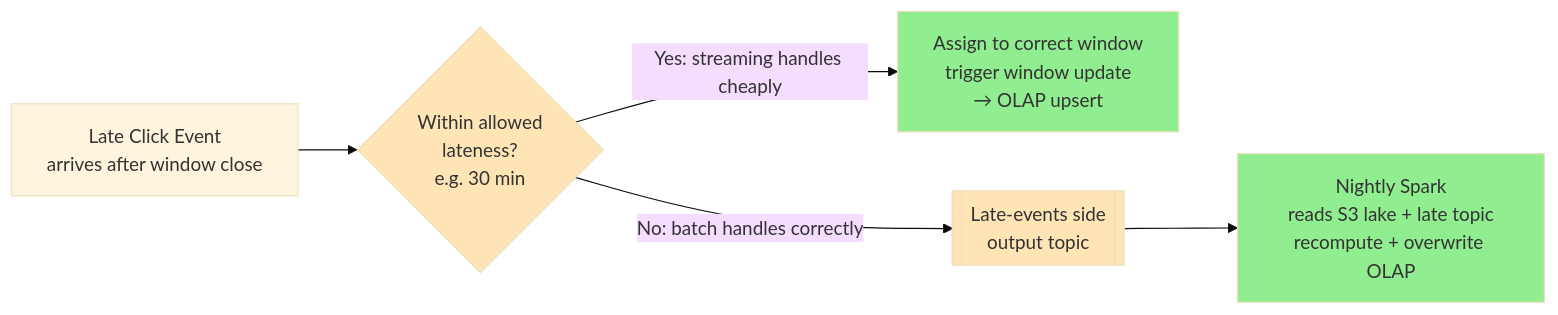
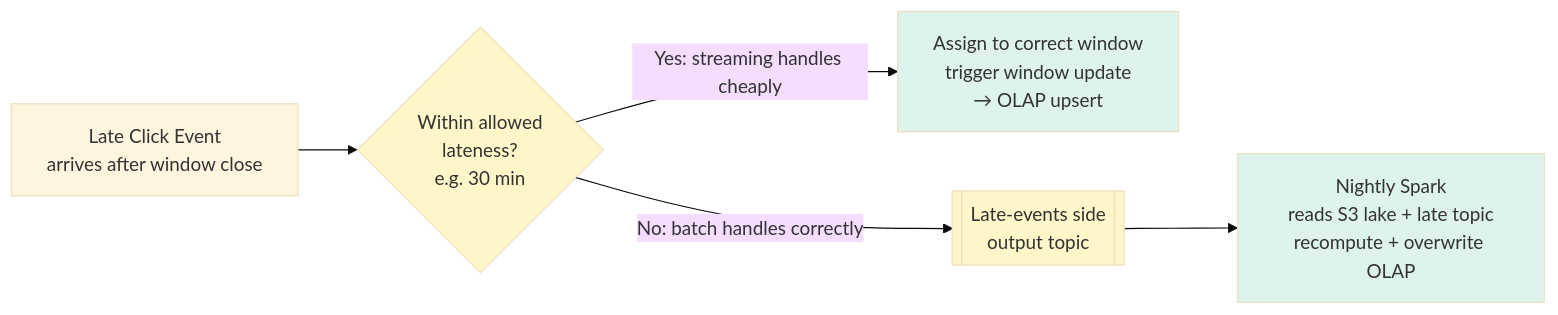
One commit to cartmancodes/InterviewVault changed the third of 6 diagrams in LLD/questions/Design Ad Click Aggregator.md. Above: the diagram before and after it, drawn with Mermaid (base theme). The commit also changed other lines of this file and 679 other files, not shown here.

Commit message:
Unify content diagrams and add accessible visual walkthroughs

````diff
--- a/LLD/questions/Design Ad Click Aggregator.md
+++ b/LLD/questions/Design Ad Click Aggregator.md
@@ -222,18 +222,18 @@
 ```mermaid
 graph LR
     E[Late Click Event<br/>arrives after window close]
     W{Within allowed<br/>lateness?<br/>e.g. 30 min}
     UPD[Assign to correct window<br/>trigger window update<br/>→ OLAP upsert]
     SIDE[[Late-events side<br/>output topic]]
     SPARK[Nightly Spark<br/>reads S3 lake + late topic<br/>recompute + overwrite OLAP]
 
     E --> W
     W -->|Yes: streaming handles cheaply| UPD
     W -->|No: batch handles correctly| SIDE
     SIDE --> SPARK
 
-    style UPD fill:#90EE90
-    style SIDE fill:#FFE4B5
-    style SPARK fill:#90EE90
-    style W fill:#FFE4B5
+    style UPD fill:#DDF3EC
+    style SIDE fill:#FFF6C9
+    style SPARK fill:#DDF3EC
+    style W fill:#FFF6C9
 ```
````
